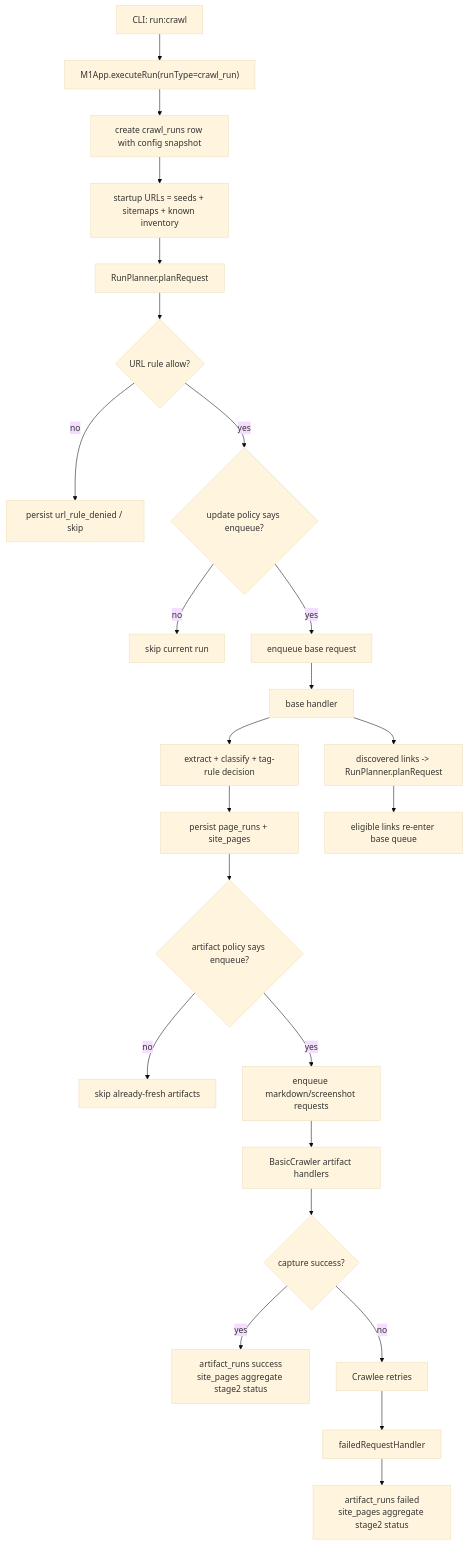
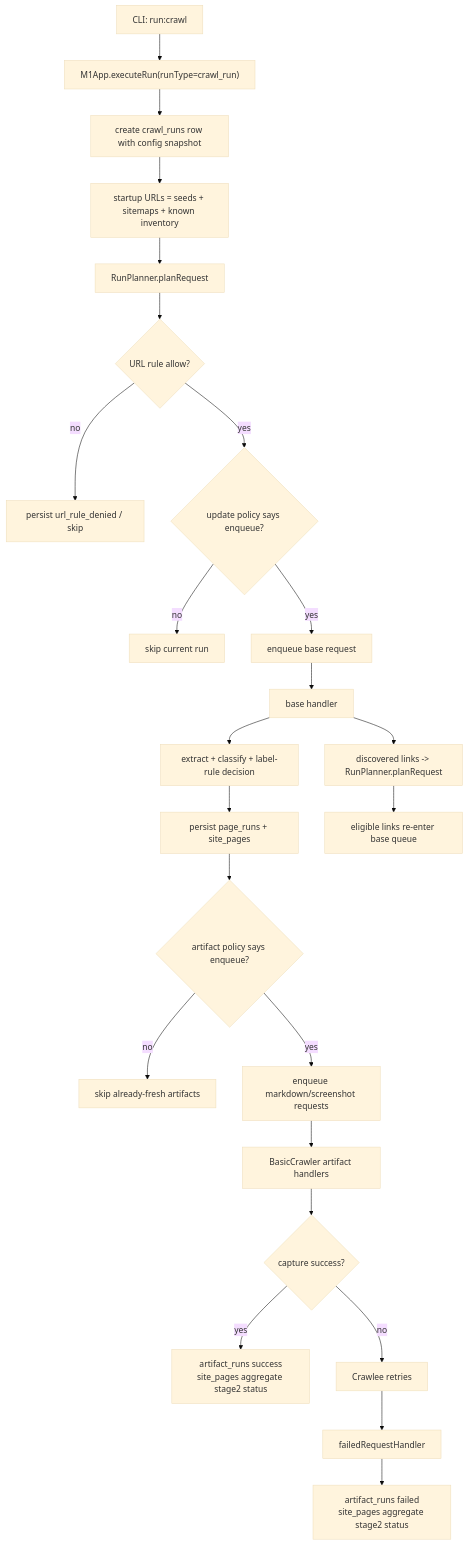
Before and after one commit to tianzhipeng-git/kvault-web-capture: the fourth of 7 diagrams in docs/old/m1-implements.md, drawn with Mermaid (base theme). The commit also changed other lines of this file and 44 other files, not shown here.

````diff
--- a/docs/old/m1-implements.md
+++ b/docs/old/m1-implements.md
@@ -223,26 +223,26 @@
 ```mermaid
 flowchart TD
     A["CLI: run:crawl"] --> B["M1App.executeRun(runType=crawl_run)"]
     B --> C["create crawl_runs row with config snapshot"]
     C --> D["startup URLs = seeds + sitemaps + known inventory"]
     D --> E["RunPlanner.planRequest"]
     E --> F{"URL rule allow?"}
     F -- no --> G["persist url_rule_denied / skip"]
     F -- yes --> H{"update policy says enqueue?"}
     H -- no --> I["skip current run"]
     H -- yes --> J["enqueue base request"]
     J --> K["base handler"]
-    K --> L["extract + classify + tag-rule decision"]
+    K --> L["extract + classify + label-rule decision"]
     L --> M["persist page_runs + site_pages"]
     M --> N{"artifact policy says enqueue?"}
     N -- no --> O["skip already-fresh artifacts"]
     N -- yes --> P["enqueue markdown/screenshot requests"]
     P --> Q["BasicCrawler artifact handlers"]
     Q --> R{"capture success?"}
     R -- yes --> S["artifact_runs success\nsite_pages aggregate stage2 status"]
     R -- no --> T["Crawlee retries"]
     T --> U["failedRequestHandler"]
     U --> V["artifact_runs failed\nsite_pages aggregate stage2 status"]
     K --> W["discovered links -> RunPlanner.planRequest"]
     W --> X["eligible links re-enter base queue"]
 ```
````
